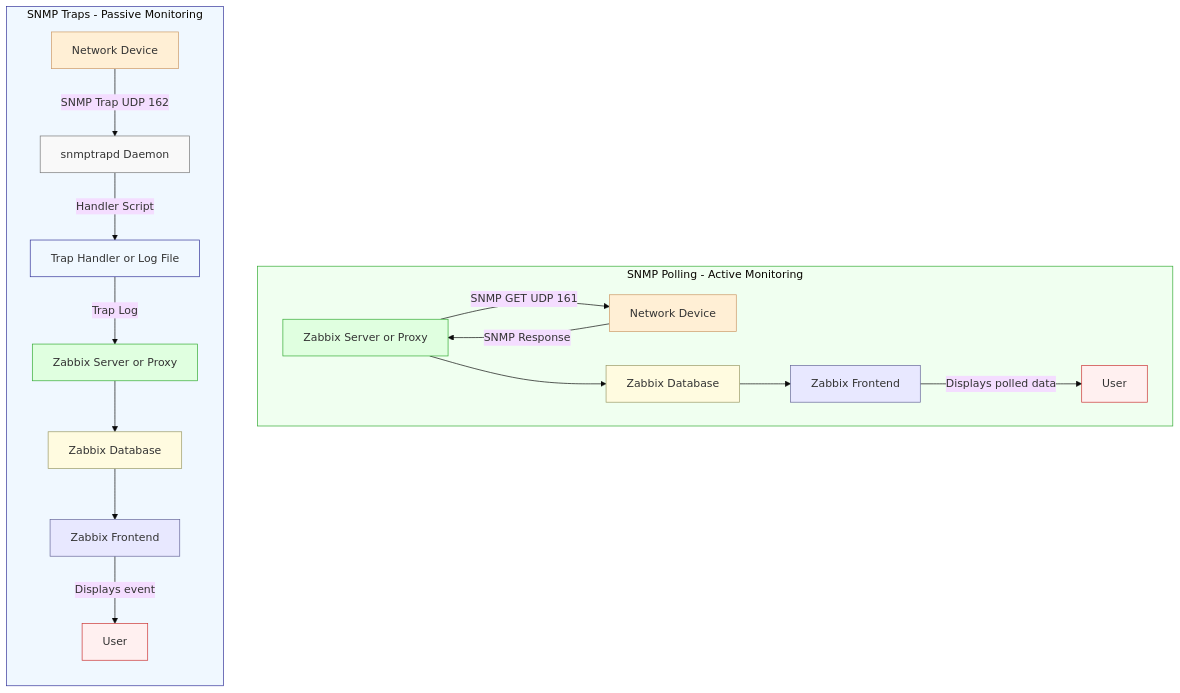
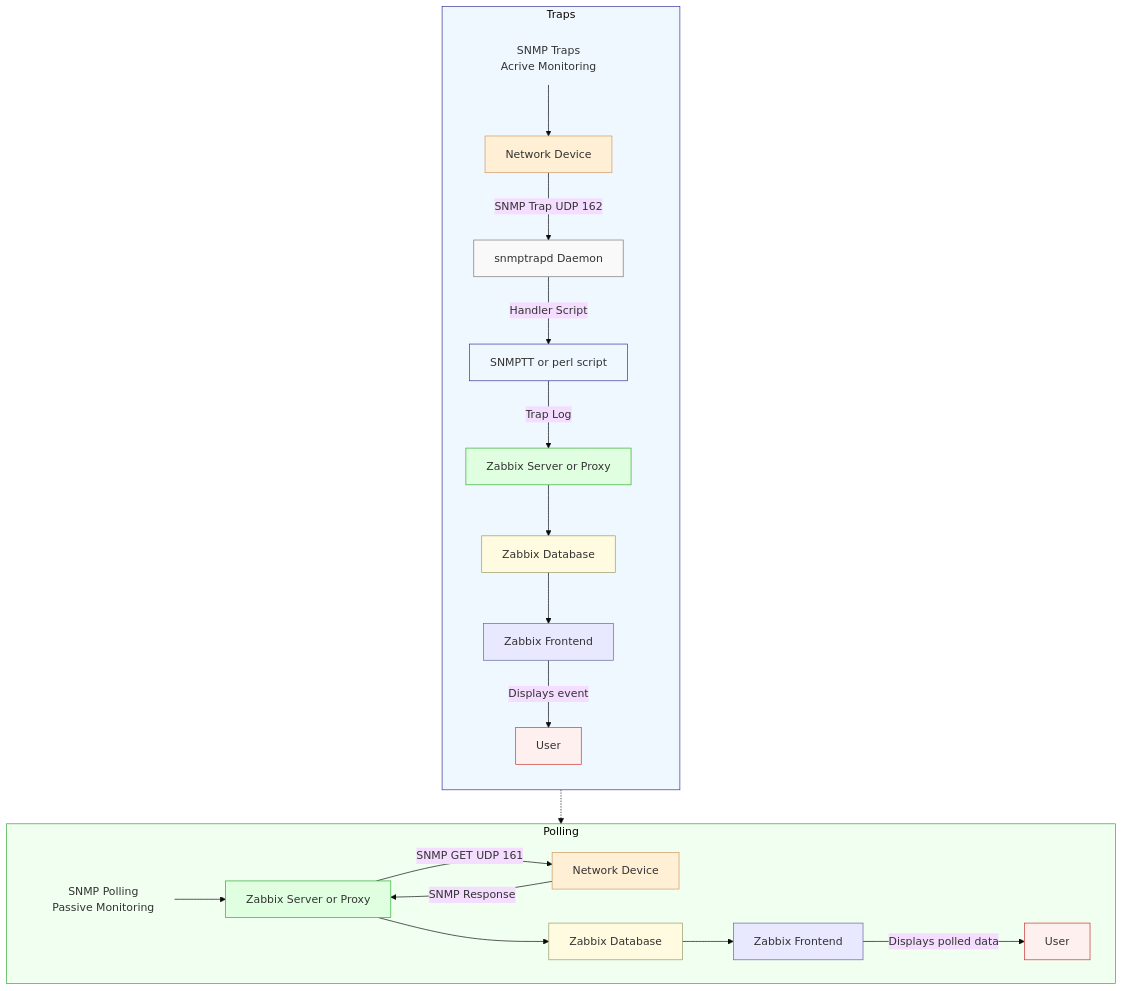
The diagram in docs/ch04-zabbix-collecting-data/snmp-trapping.md (penmasters/zabbix-book), drawn with Mermaid (base theme) before and after one commit. The commit also changed other lines of this file and 1 other file, not shown here.

Commit message:
update snmp traps

````diff
--- a/docs/ch04-zabbix-collecting-data/snmp-trapping.md
+++ b/docs/ch04-zabbix-collecting-data/snmp-trapping.md
@@ -94,55 +94,60 @@
 ``` mermaid
 flowchart TB
-    %% --- Polling section ---
-    subgraph POLLING[SNMP Polling - Active Monitoring]
-        direction LR
-        ZBX[Zabbix Server or Proxy]
-        DEV[Network Device]
-        ZBX -->|SNMP GET UDP 161| DEV
-        DEV -->|SNMP Response| ZBX
-        ZBX --> DBP[Zabbix Database]
-        DBP --> UI1[Zabbix Frontend]
-        UI1 -->|Displays polled data| USER1[User]
-    end
-
-    %% --- Invisible separator (no box) ---
-    %% This line just adds vertical space visually without rendering a node
-    %% You can also remove it entirely if your renderer already adds spacing
-    %% No visible element will be shown
-
-    %% --- Traps section ---
-    subgraph TRAPS[SNMP Traps - Passive Monitoring]
+    %% --- Traps section (top) ---
+    subgraph TRAPS[Traps]
         direction TB
+        TITLET["SNMP Traps<br/>Acrive Monitoring"]
+        WIDE["                                                                 "]
         DEV2[Network Device]
         TRAPD[snmptrapd Daemon]
-        HANDLER[Trap Handler or Log File]
+        HANDLER[SNMPTT or perl script]
         ZBXT[Zabbix Server or Proxy]
         DBT[Zabbix Database]
         UI2[Zabbix Frontend]
         USER2[User]
 
+        TITLET --> DEV2
         DEV2 -->|SNMP Trap UDP 162| TRAPD
         TRAPD -->|Handler Script| HANDLER
         HANDLER -->|Trap Log| ZBXT
         ZBXT --> DBT
         DBT --> UI2
         UI2 -->|Displays event| USER2
     end
 
-    %% --- Styling (color-coded like before) ---
+    %% --- Invisible connector to force vertical stacking ---
+    TRAPS -.-> POLLING
+
+    %% --- Polling section (bottom) ---
+    subgraph POLLING[Polling]
+        direction LR
+        TITLEP["SNMP Polling<br/>Passive Monitoring"]
+        ZBX[Zabbix Server or Proxy]
+        DEV[Network Device]
+        TITLEP --> ZBX
+        ZBX -->|SNMP GET UDP 161| DEV
+        DEV -->|SNMP Response| ZBX
+        ZBX --> DBP[Zabbix Database]
+        DBP --> UI1[Zabbix Frontend]
+        UI1 -->|Displays polled data| USER1[User]
+    end
+
+    %% --- Styling ---
     style POLLING fill:#f0fff0,stroke:#3a3,stroke-width:1px
     style TRAPS fill:#f0f8ff,stroke:#339,stroke-width:1px
+    style WIDE fill:none,stroke:none
+    style TITLEP fill:transparent,stroke:transparent
+    style TITLET fill:transparent,stroke:transparent
     style ZBX fill:#e0ffe0,stroke:#3a3
     style DEV fill:#ffefd5,stroke:#c96
     style DEV2 fill:#ffefd5,stroke:#c96
     style TRAPD fill:#f9f9f9,stroke:#777
     style HANDLER fill:#f0f8ff,stroke:#339
     style ZBXT fill:#e0ffe0,stroke:#3a3
     style DBP fill:#fffbe0,stroke:#996
     style DBT fill:#fffbe0,stroke:#996
     style UI1 fill:#e8e8ff,stroke:#669
     style UI2 fill:#e8e8ff,stroke:#669
     style USER1 fill:#fff0f0,stroke:#c33
     style USER2 fill:#fff0f0,stroke:#c33
-
 ```
````
